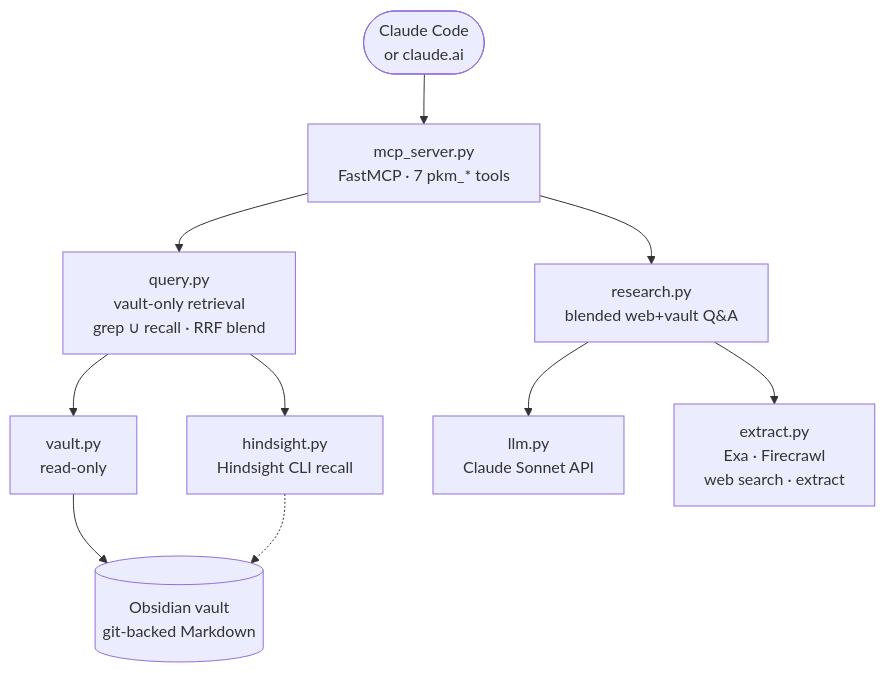
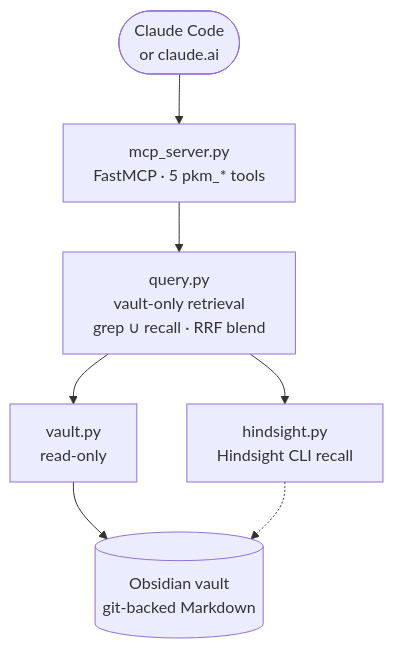
Before and after one commit to gilesknap/thoth: the second of 2 diagrams in docs/explanations/architecture.md, drawn with Mermaid. The commit also changed other lines of this file and 35 other files, not shown here.

First line of the commit message:
refactor: remove the ask feature and the Exa dependency (keep Firecrawl)

````diff
--- a/docs/explanations/architecture.md
+++ b/docs/explanations/architecture.md
@@ -89,13 +88,10 @@
 ```{mermaid}
 flowchart TB
     cc(["Claude Code<br>or claude.ai"])
-    cc --> mcp["mcp_server.py<br>FastMCP · 7 pkm_* tools"]
+    cc --> mcp["mcp_server.py<br>FastMCP · 5 pkm_* tools"]
     mcp --> qry["query.py<br>vault-only retrieval<br>grep ∪ recall · RRF blend"]
-    mcp --> res["research.py<br>blended web+vault Q&A"]
     qry --> va["vault.py<br>read-only"]
     qry --> hs["hindsight.py<br>Hindsight CLI recall"]
-    res --> llm["llm.py<br>Claude Sonnet API"]
-    res --> ext["extract.py<br>Exa · Firecrawl<br>web search · extract"]
     va --> ov[("Obsidian vault<br>git-backed Markdown")]
     hs -.-> ov
 ```
````
